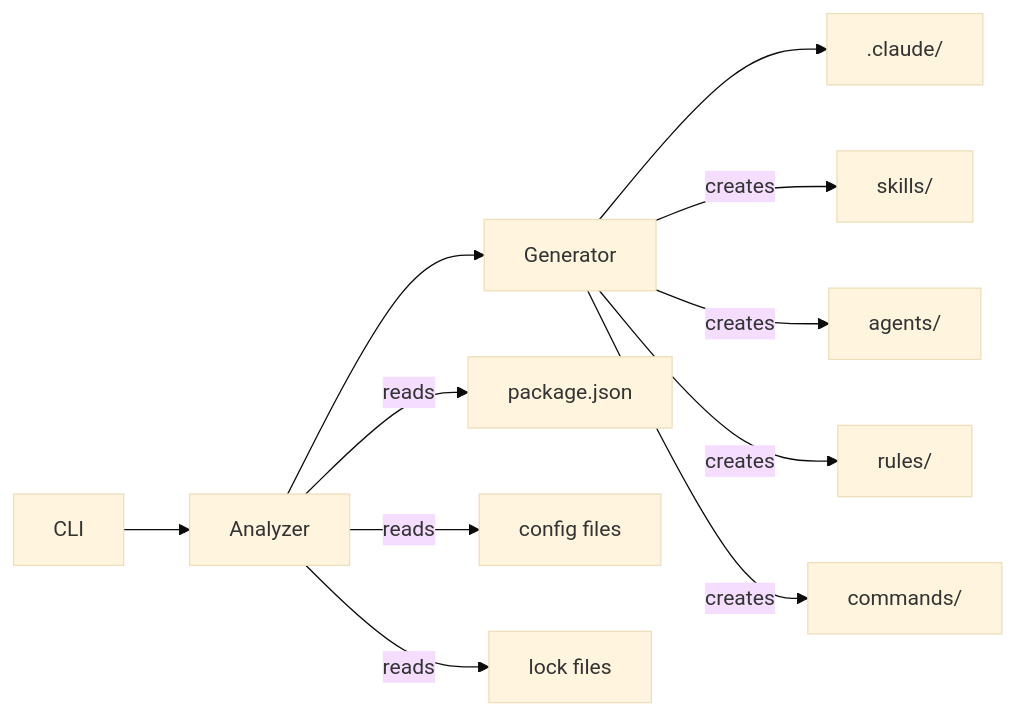
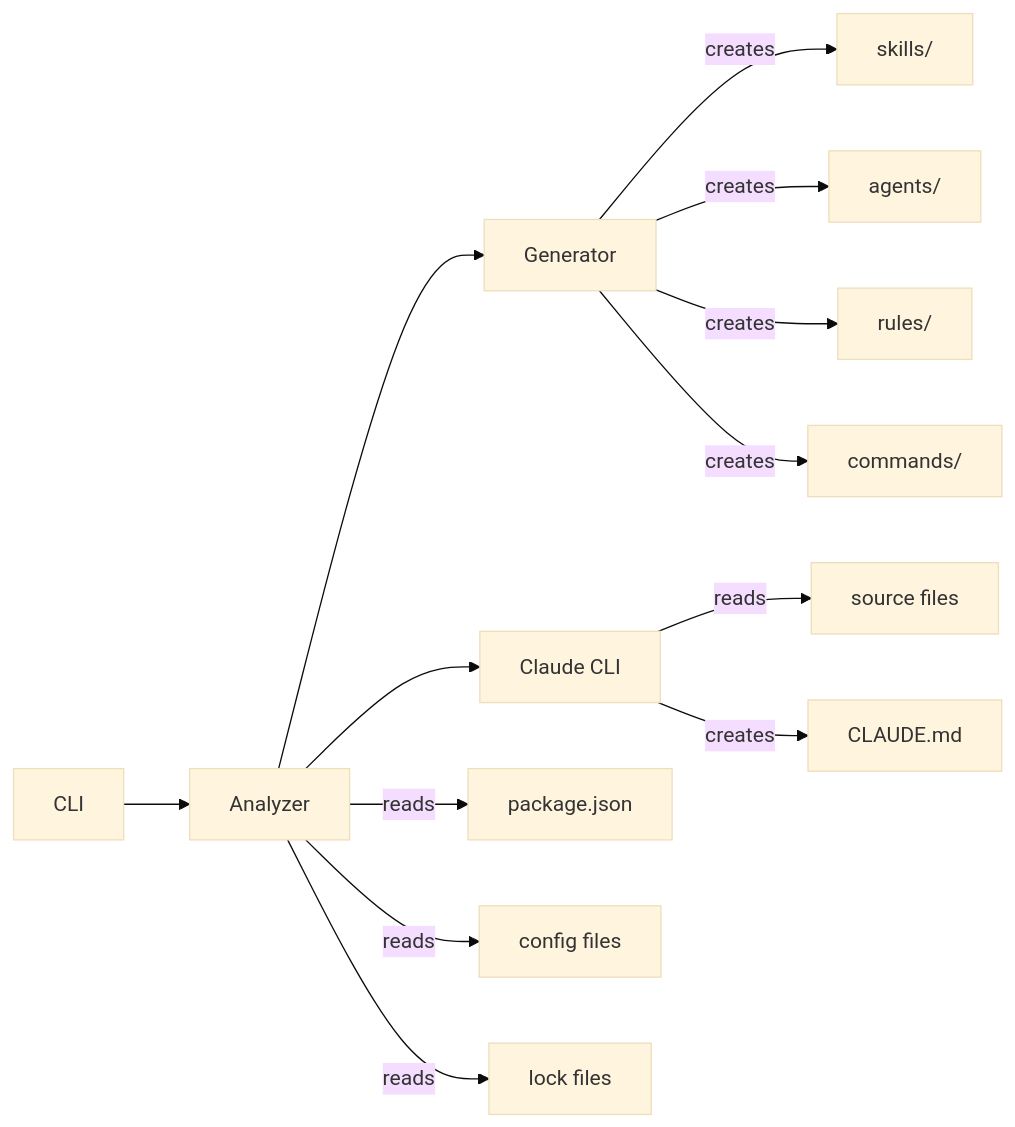
The diagram in README.md (cassmtnr/claude-code-starter), drawn with Mermaid (base theme) before and after one commit. The commit also changed other lines of this file and 1 other file, not shown here.

Commit message:
feat: enhance CLAUDE.md generation with Claude CLI deep analysis and remove static generation

````diff
--- a/README.md
+++ b/README.md
@@ -129,15 +161,18 @@
 ```mermaid
 flowchart LR
     A[CLI] --> B[Analyzer]
     B --> C[Generator]
-    C --> D[.claude/]
+    B --> D[Claude CLI]
 
     B -->|reads| E[package.json]
     B -->|reads| F[config files]
     B -->|reads| G[lock files]
 
     C -->|creates| H[skills/]
     C -->|creates| I[agents/]
     C -->|creates| J[rules/]
     C -->|creates| K[commands/]
+
+    D -->|reads| L[source files]
+    D -->|creates| M[CLAUDE.md]
 ```
````
